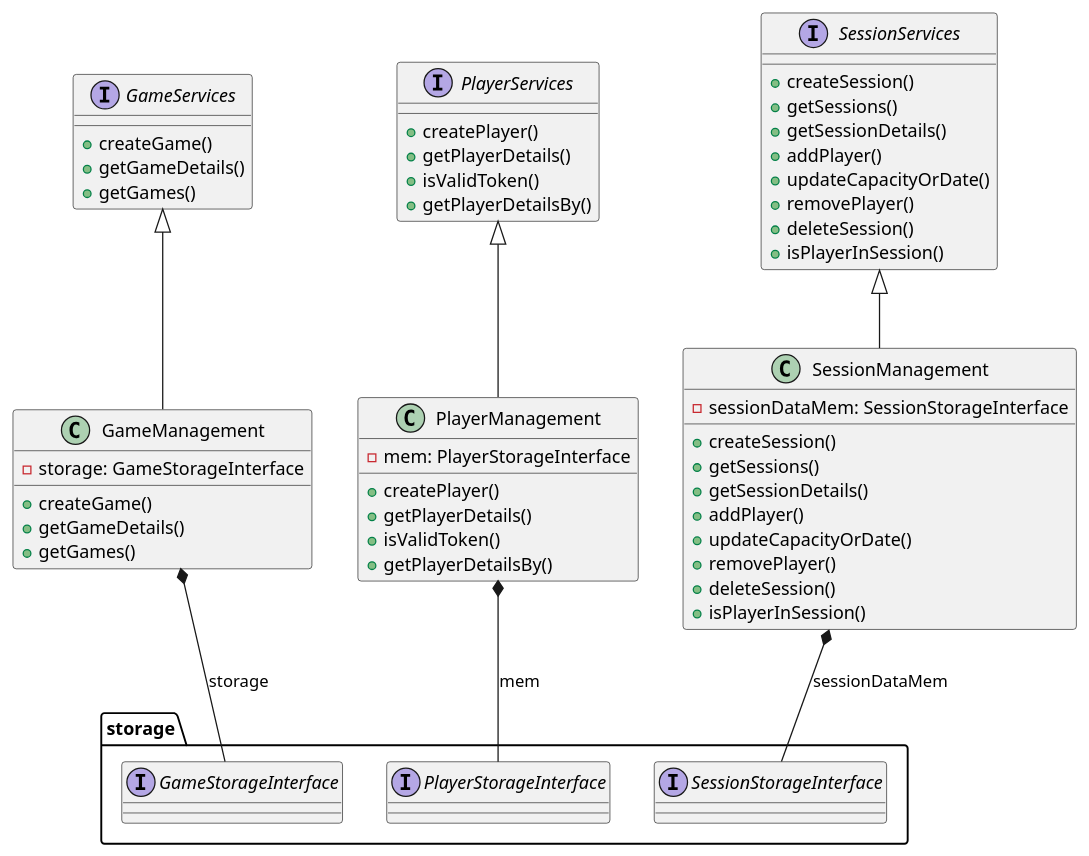
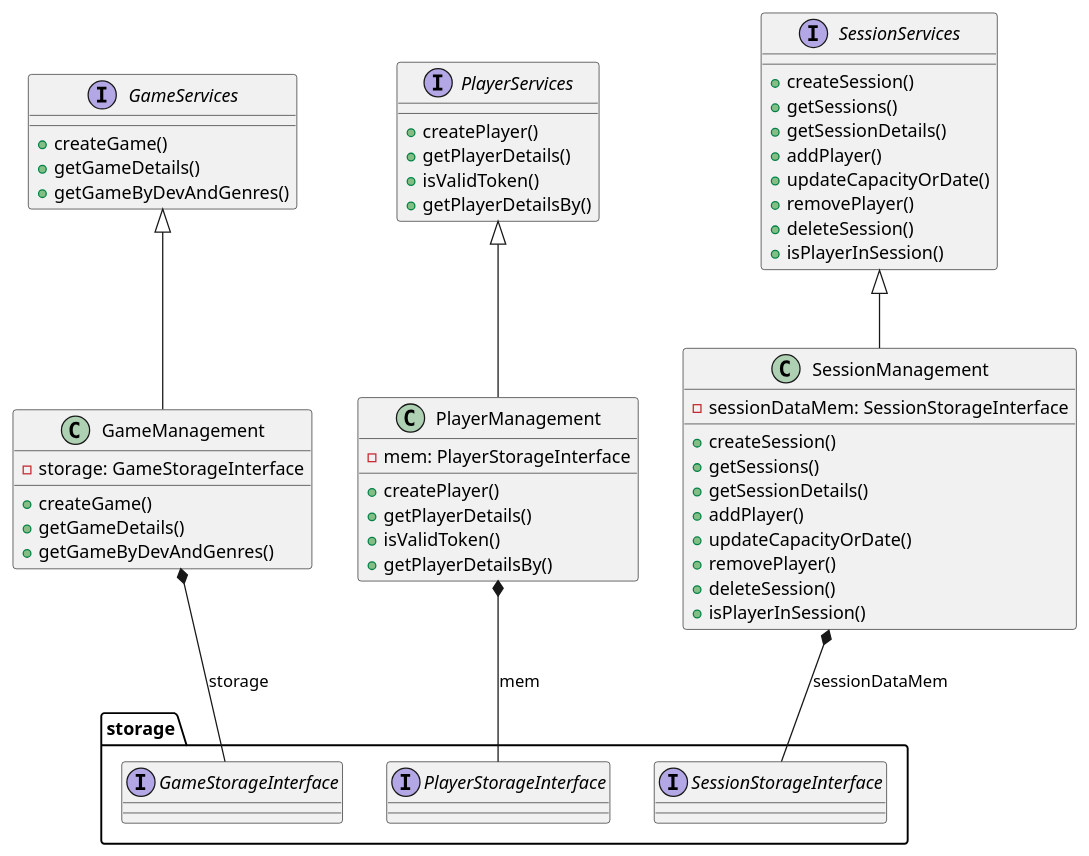
The diagram in phase3/src/main/kotlin/pt/isel/ls/services/ServicesDiagram.puml (Thuzys/Session_Control), drawn with PlantUML before and after one commit. The commit also changed 22 other files, not shown here.

```diff
--- a/phase3/src/main/kotlin/pt/isel/ls/services/ServicesDiagram.puml
+++ b/phase3/src/main/kotlin/pt/isel/ls/services/ServicesDiagram.puml
@@ -1,71 +1,71 @@
 @startuml
 'https://plantuml.com/sequence-diagram
 
 interface GameServices {
     +createGame()
     +getGameDetails()
-    +getGames()
+    +getGameByDevAndGenres()
 }
 
 interface PlayerServices {
     +createPlayer()
     +getPlayerDetails()
     +isValidToken()
     +getPlayerDetailsBy()
 }
 
 interface SessionServices {
     + createSession()
     + getSessions()
     + getSessionDetails()
     + addPlayer()
     + updateCapacityOrDate()
     + removePlayer()
     + deleteSession()
     + isPlayerInSession()
 }
 
 class GameManagement {
     +createGame()
     +getGameDetails()
-    +getGames()
+    +getGameByDevAndGenres()
     -storage: GameStorageInterface
 }
 
 class PlayerManagement {
     +createPlayer()
     +getPlayerDetails()
     +isValidToken()
     +getPlayerDetailsBy()
     -mem: PlayerStorageInterface
 }
 
 class SessionManagement {
     + createSession()
     + getSessions()
     + getSessionDetails()
     + addPlayer()
     + updateCapacityOrDate()
     + removePlayer()
     + deleteSession()
     + isPlayerInSession()
     -sessionDataMem: SessionStorageInterface
 }
 
 GameServices <|-- GameManagement
 PlayerServices <|-- PlayerManagement
 SessionServices <|-- SessionManagement
 
 package storage {
    interface GameStorageInterface
    interface PlayerStorageInterface
    interface SessionStorageInterface
 
 }
 
 GameManagement *-- storage.GameStorageInterface : storage
 PlayerManagement *-- storage.PlayerStorageInterface : mem
 SessionManagement *-- storage.SessionStorageInterface : sessionDataMem
 
 
 @enduml
```
